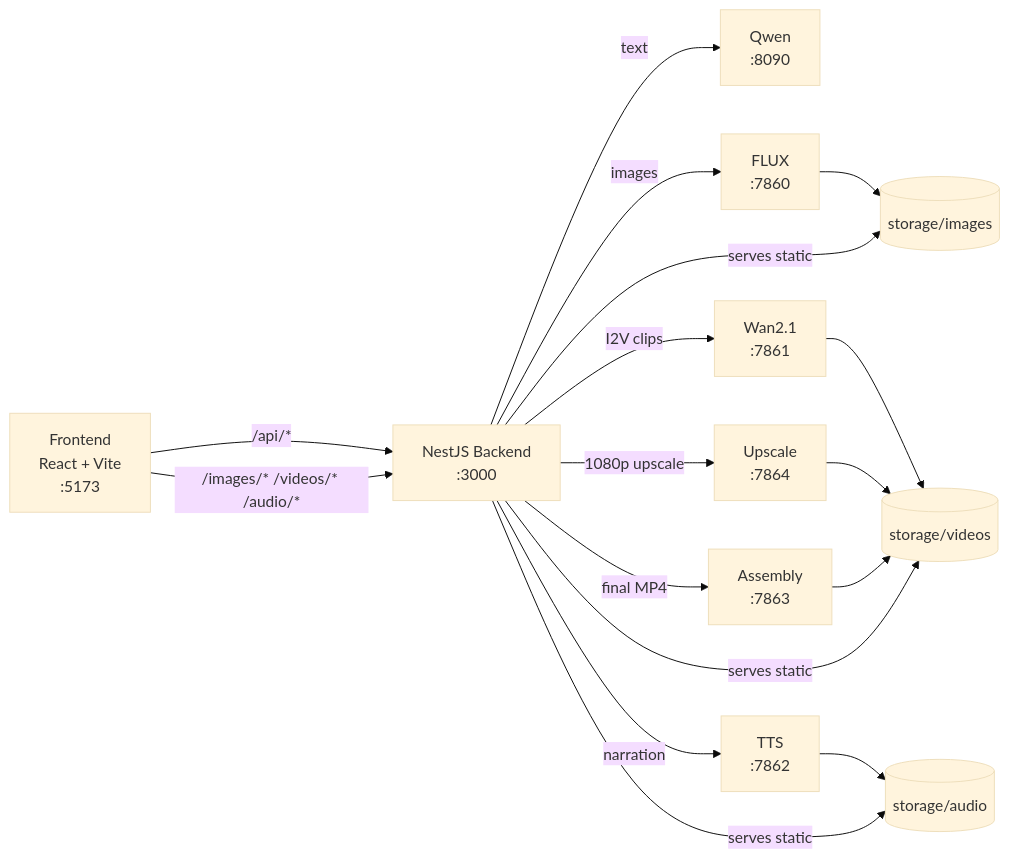
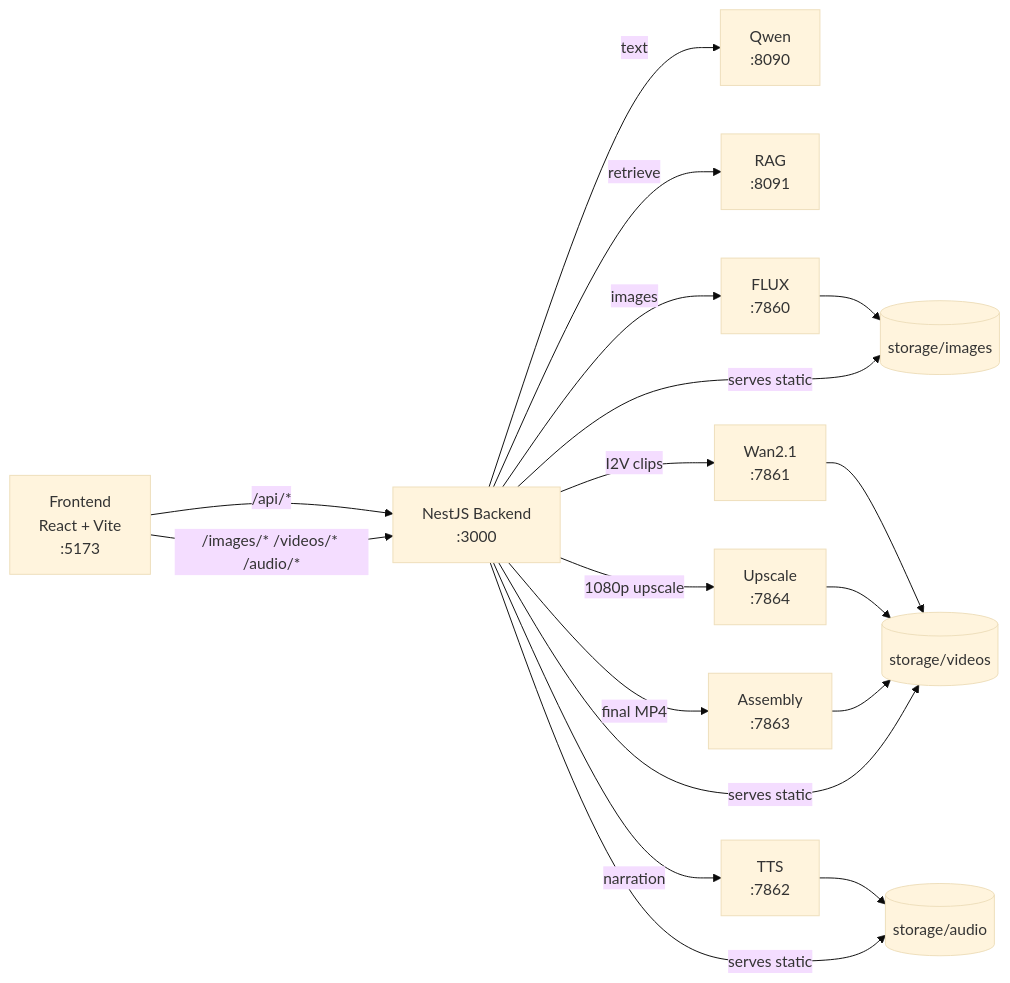
Before and after one commit to SandeepSuneja/ai-story-factory: the diagram in README.md, drawn with Mermaid (base theme). The commit also changed other lines of this file and 44 other files, not shown here.

````diff
--- a/README.md
+++ b/README.md
@@ -41,19 +43,20 @@
 ```mermaid
 flowchart LR
     UI[Frontend<br/>React + Vite<br/>:5173] -->|/api/*| API[NestJS Backend<br/>:3000]
     UI -->|/images/* /videos/* /audio/*| API
     API -->|text| Qwen[Qwen<br/>:8090]
+    API -->|retrieve| RAG[RAG<br/>:8091]
     API -->|images| FLUX[FLUX<br/>:7860]
     API -->|I2V clips| Wan[Wan2.1<br/>:7861]
     API -->|1080p upscale| Upscale[Upscale<br/>:7864]
     API -->|narration| TTS[TTS<br/>:7862]
     API -->|final MP4| Assembly[Assembly<br/>:7863]
     FLUX --> ImageStore[(storage/images)]
     Wan --> VideoStore[(storage/videos)]
     Upscale --> VideoStore
     TTS --> AudioStore[(storage/audio)]
     Assembly --> VideoStore
     API -->|serves static| ImageStore
     API -->|serves static| VideoStore
     API -->|serves static| AudioStore
 ```
````
